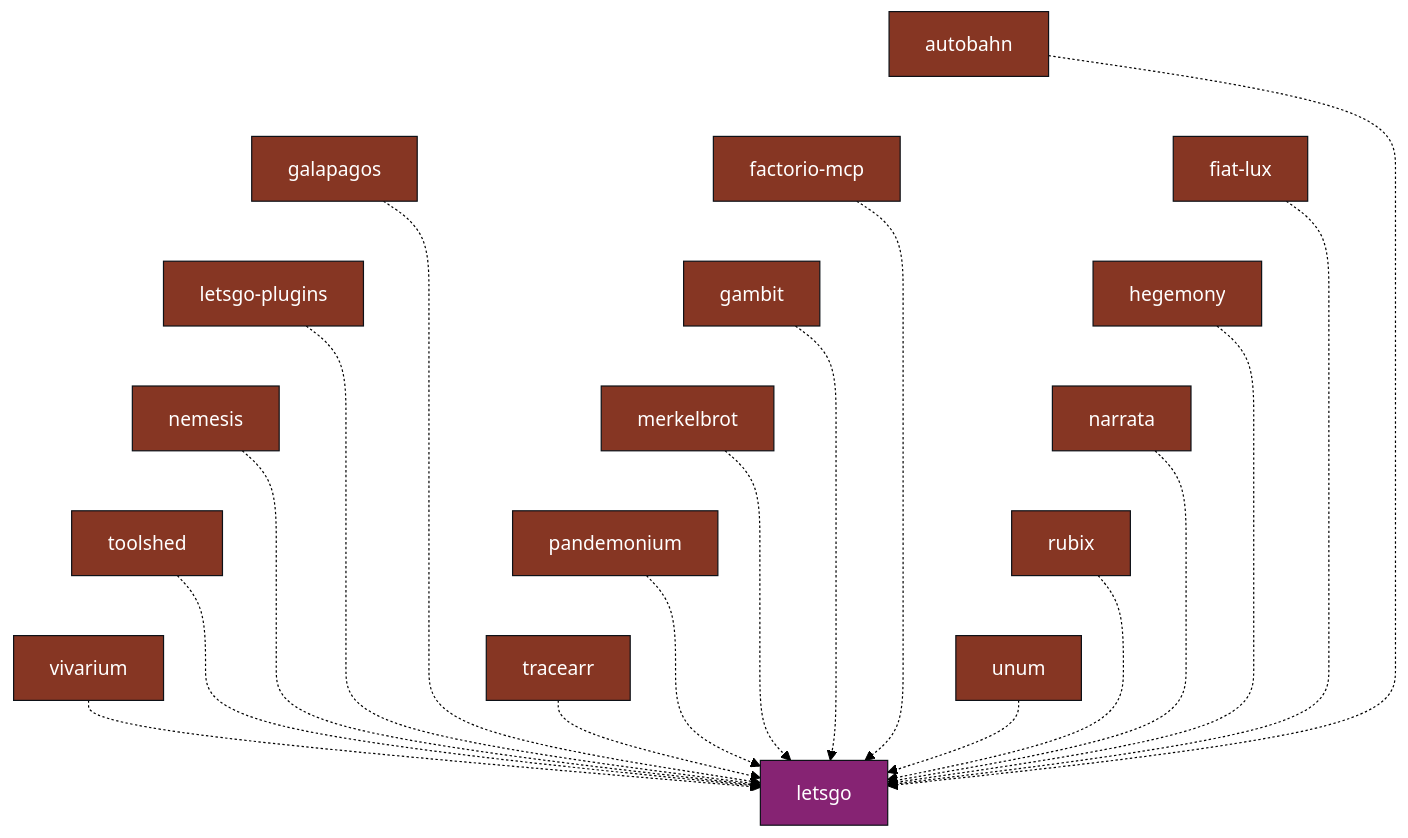
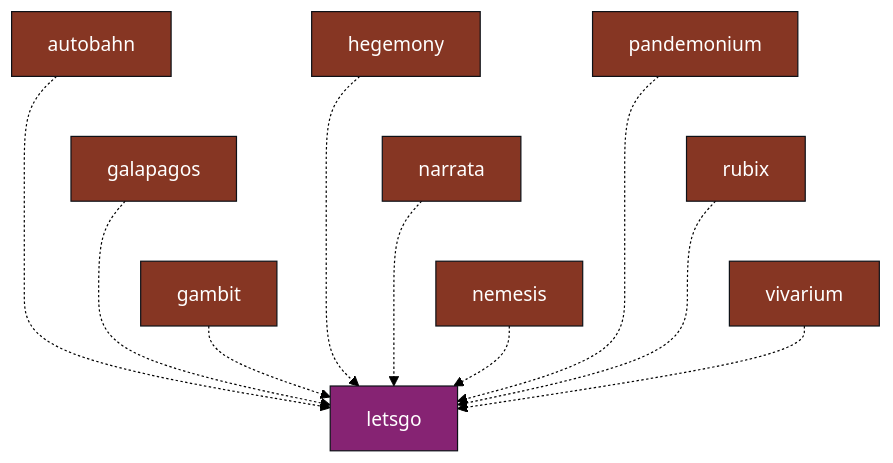
Before and after one commit to danielriddell21/danielriddell21: the second of 2 diagrams in README.md, drawn with Mermaid (forest theme). The commit also changed other lines of this file, not shown here.

````diff
--- a/README.md
+++ b/README.md
@@ -49,21 +49,18 @@
 ```mermaid
 flowchart TD
-    %% Sixteen repos into one sink is a star, which mermaid lays out as a
-    %% single row 2360px wide — unreadable once GitHub scales it down. These
-    %% invisible links (~~~) fold it into three columns instead; they carry no
-    %% meaning beyond layout.
-    autobahn ~~~ galapagos ~~~ letsgo-plugins ~~~ nemesis ~~~ toolshed ~~~ vivarium
-    factorio-mcp ~~~ gambit ~~~ merkelbrot ~~~ pandemonium ~~~ tracearr
-    fiat-lux ~~~ hegemony ~~~ narrata ~~~ rubix ~~~ unum
+    %% Nine repos into one sink lays out as a single wide row. Invisible
+    %% links (~~~) fold it into three rows of three; layout only.
+    autobahn ~~~ galapagos ~~~ gambit
+    hegemony ~~~ narrata ~~~ nemesis
+    pandemonium ~~~ rubix ~~~ vivarium
 
-    autobahn & factorio-mcp & fiat-lux & galapagos -.-> letsgo
-    gambit & hegemony & letsgo-plugins & merkelbrot -.-> letsgo
-    narrata & nemesis & pandemonium & rubix -.-> letsgo
-    toolshed & tracearr & unum & vivarium -.-> letsgo
+    autobahn & galapagos & gambit -.-> letsgo
+    hegemony & narrata & nemesis -.-> letsgo
+    pandemonium & rubix & vivarium -.-> letsgo
 
     classDef ships fill:#863623,stroke:#0d1117,color:#fff;
     classDef tool fill:#862373,stroke:#0d1117,color:#fff;
-    class autobahn,factorio-mcp,fiat-lux,galapagos,gambit,hegemony,letsgo-plugins,merkelbrot ships;
-    class narrata,nemesis,pandemonium,rubix,toolshed,tracearr,unum,vivarium ships;
+    class autobahn,galapagos,gambit,hegemony,narrata ships;
+    class nemesis,pandemonium,rubix,vivarium ships;
     class letsgo tool;
 ```
````
